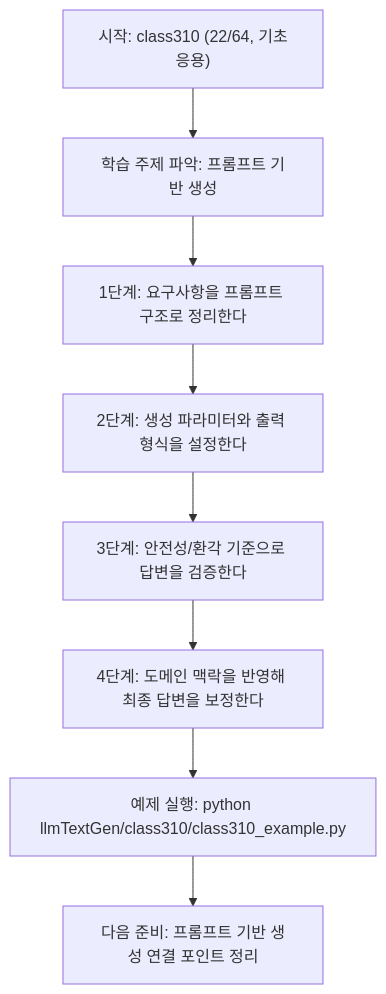
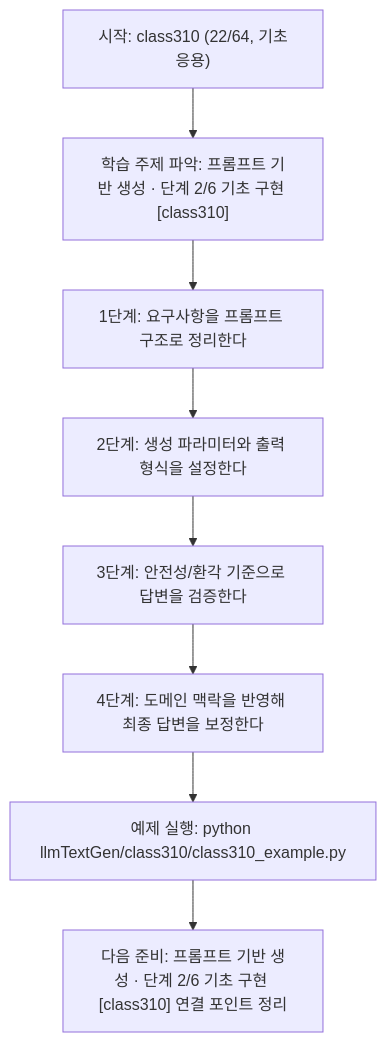
The diagram in llmTextGen/class310/class310.md (edumgt/Python-AI_Agent-Class), drawn with Mermaid before and after one commit. The commit also changed other lines of this file and 522 other files, not shown here.

````diff
--- a/llmTextGen/class310/class310.md
+++ b/llmTextGen/class310/class310.md
@@ -113,18 +114,18 @@
 ```mermaid
 flowchart TD
 N1["시작: class310 (22/64, 기초응용)"]
-N2["학습 주제 파악: 프롬프트 기반 생성"]
+N2["학습 주제 파악: 프롬프트 기반 생성 · 단계 2/6 기초 구현 [class310]"]
 N3["1단계: 요구사항을 프롬프트 구조로 정리한다"]
 N4["2단계: 생성 파라미터와 출력 형식을 설정한다"]
 N5["3단계: 안전성/환각 기준으로 답변을 검증한다"]
 N6["4단계: 도메인 맥락을 반영해 최종 답변을 보정한다"]
 N7["예제 실행: python llmTextGen/class310/class310_example.py"]
-N8["다음 준비: 프롬프트 기반 생성 연결 포인트 정리"]
+N8["다음 준비: 프롬프트 기반 생성 · 단계 2/6 기초 구현 [class310] 연결 포인트 정리"]
 N1 --> N2
 N2 --> N3
 N3 --> N4
 N4 --> N5
 N5 --> N6
 N6 --> N7
 N7 --> N8
 ```
````
